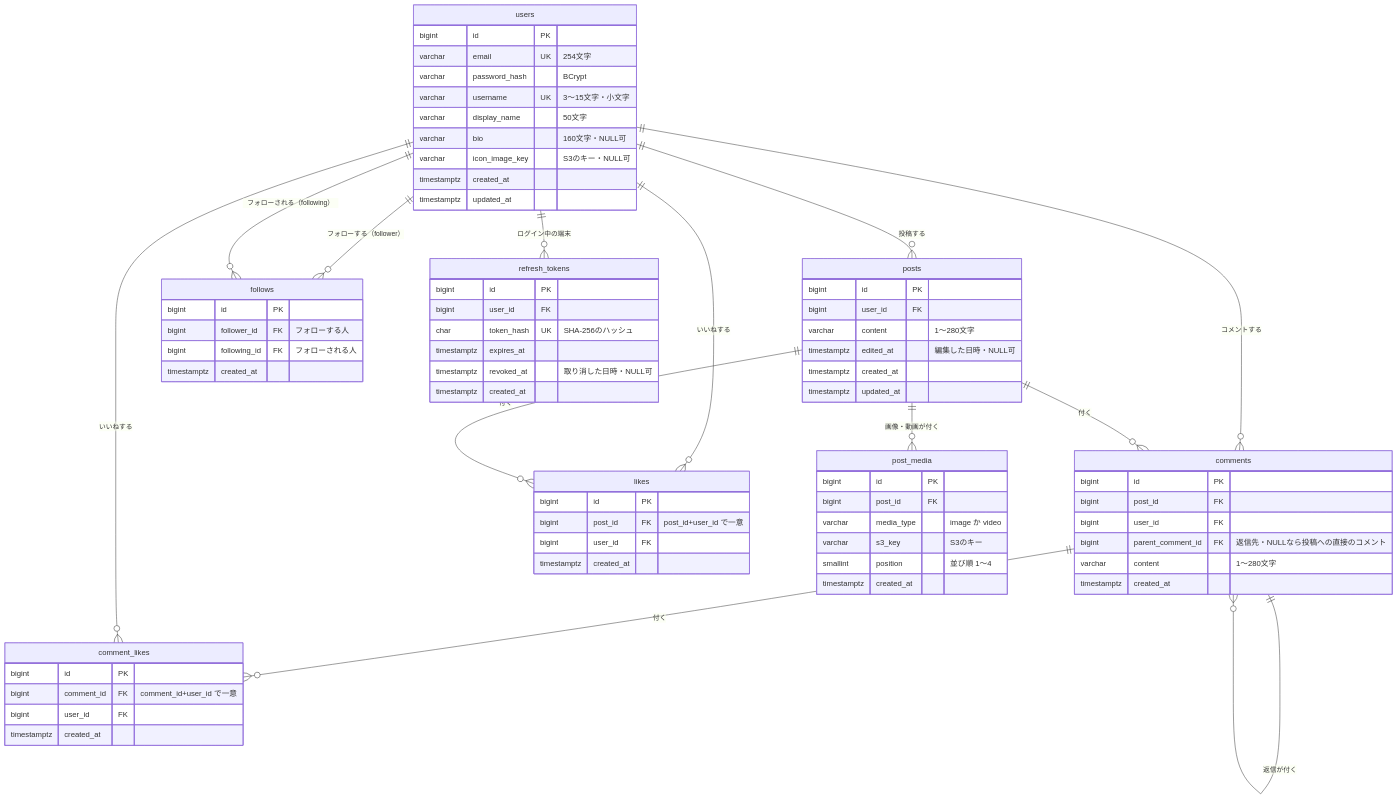
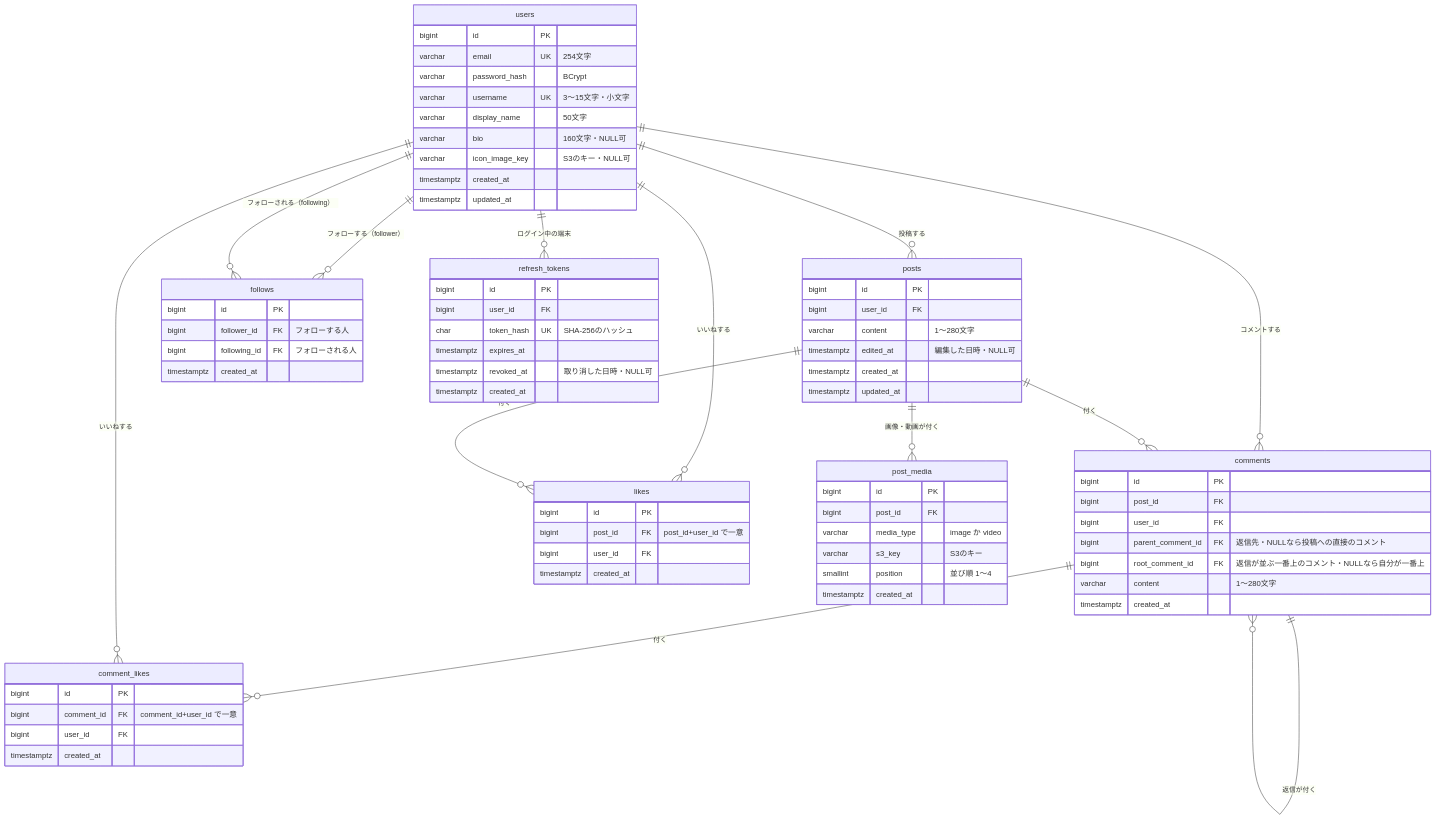
The diagram in docs/database-design.md (keiwebcreate/raise-tech-intermediate-edition), drawn with Mermaid before and after one commit. The commit also changed other lines of this file and 28 other files, not shown here.

````diff
--- a/docs/database-design.md
+++ b/docs/database-design.md
@@ -27,77 +27,78 @@
 ```mermaid
 erDiagram
   users ||--o{ posts : "投稿する"
   users ||--o{ comments : "コメントする"
   users ||--o{ likes : "いいねする"
   posts ||--o{ post_media : "画像・動画が付く"
   posts ||--o{ comments : "付く"
   posts ||--o{ likes : "付く"
   comments ||--o{ comments : "返信が付く"
   comments ||--o{ comment_likes : "付く"
   users ||--o{ comment_likes : "いいねする"
   users ||--o{ follows : "フォローする（follower）"
   users ||--o{ follows : "フォローされる（following）"
   users ||--o{ refresh_tokens : "ログイン中の端末"
 
   users {
     bigint id PK
     varchar email UK "254文字"
     varchar password_hash "BCrypt"
     varchar username UK "3〜15文字・小文字"
     varchar display_name "50文字"
     varchar bio "160文字・NULL可"
     varchar icon_image_key "S3のキー・NULL可"
     timestamptz created_at
     timestamptz updated_at
   }
   posts {
     bigint id PK
     bigint user_id FK
     varchar content "1〜280文字"
     timestamptz edited_at "編集した日時・NULL可"
     timestamptz created_at
     timestamptz updated_at
   }
   post_media {
     bigint id PK
     bigint post_id FK
     varchar media_type "image か video"
     varchar s3_key "S3のキー"
     smallint position "並び順 1〜4"
     timestamptz created_at
   }
   comments {
     bigint id PK
     bigint post_id FK
     bigint user_id FK
     bigint parent_comment_id FK "返信先・NULLなら投稿への直接のコメント"
+    bigint root_comment_id FK "返信が並ぶ一番上のコメント・NULLなら自分が一番上"
     varchar content "1〜280文字"
     timestamptz created_at
   }
   comment_likes {
     bigint id PK
     bigint comment_id FK "comment_id+user_id で一意"
     bigint user_id FK
     timestamptz created_at
   }
   likes {
     bigint id PK
     bigint post_id FK "post_id+user_id で一意"
     bigint user_id FK
     timestamptz created_at
   }
   follows {
     bigint id PK
     bigint follower_id FK "フォローする人"
     bigint following_id FK "フォローされる人"
     timestamptz created_at
   }
   refresh_tokens {
     bigint id PK
     bigint user_id FK
     char token_hash UK "SHA-256のハッシュ"
     timestamptz expires_at
     timestamptz revoked_at "取り消した日時・NULL可"
     timestamptz created_at
   }
 ```
````
